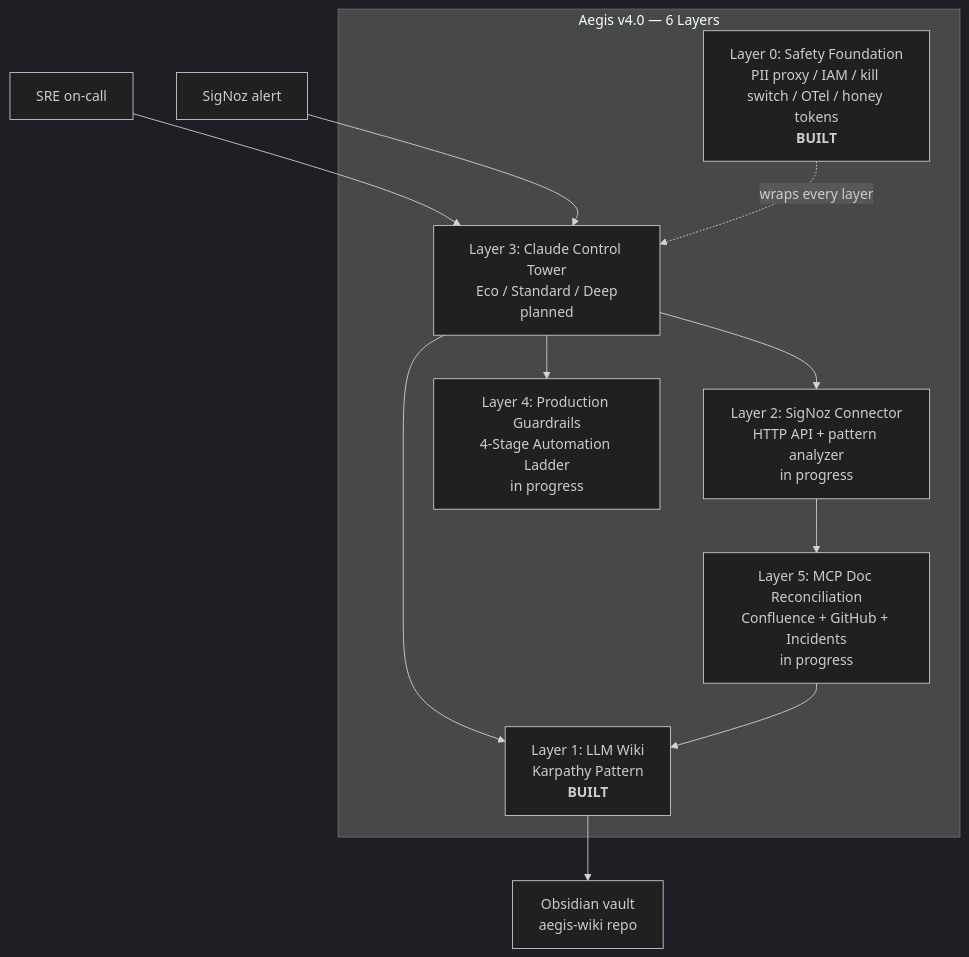
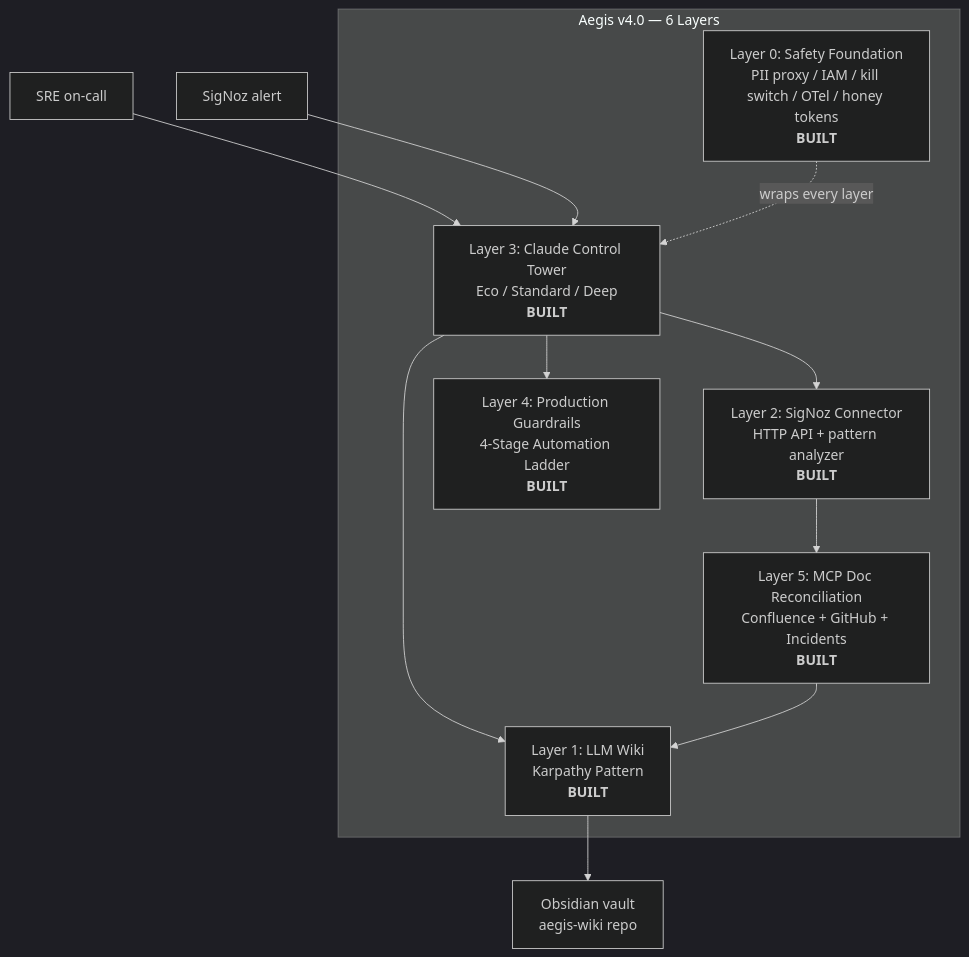
Before and after one commit to JIUNG9/aegis: the diagram in README.md, drawn with Mermaid (dark theme). The commit also changed other lines of this file and 7 other files, not shown here.

````diff
--- a/README.md
+++ b/README.md
@@ -36,20 +36,20 @@
 ```mermaid
 graph TB
   subgraph AEGIS["Aegis v4.0 — 6 Layers"]
     L0[Layer 0: Safety Foundation<br/>PII proxy / IAM / kill switch / OTel / honey tokens<br/><b>BUILT</b>]
     L1[Layer 1: LLM Wiki<br/>Karpathy Pattern<br/><b>BUILT</b>]
-    L2[Layer 2: SigNoz Connector<br/>HTTP API + pattern analyzer<br/>in progress]
-    L3[Layer 3: Claude Control Tower<br/>Eco / Standard / Deep<br/>planned]
-    L4[Layer 4: Production Guardrails<br/>4-Stage Automation Ladder<br/>in progress]
-    L5[Layer 5: MCP Doc Reconciliation<br/>Confluence + GitHub + Incidents<br/>in progress]
+    L2[Layer 2: SigNoz Connector<br/>HTTP API + pattern analyzer<br/><b>BUILT</b>]
+    L3[Layer 3: Claude Control Tower<br/>Eco / Standard / Deep<br/><b>BUILT</b>]
+    L4[Layer 4: Production Guardrails<br/>4-Stage Automation Ladder<br/><b>BUILT</b>]
+    L5[Layer 5: MCP Doc Reconciliation<br/>Confluence + GitHub + Incidents<br/><b>BUILT</b>]
   end
   User[SRE on-call] --> L3
   Alert[SigNoz alert] --> L3
   L3 --> L1
   L3 --> L2
   L3 --> L4
   L5 --> L1
   L2 --> L5
   L1 --> Vault[Obsidian vault<br/>aegis-wiki repo]
   L0 -.wraps every layer.-> L3
 ```
````
